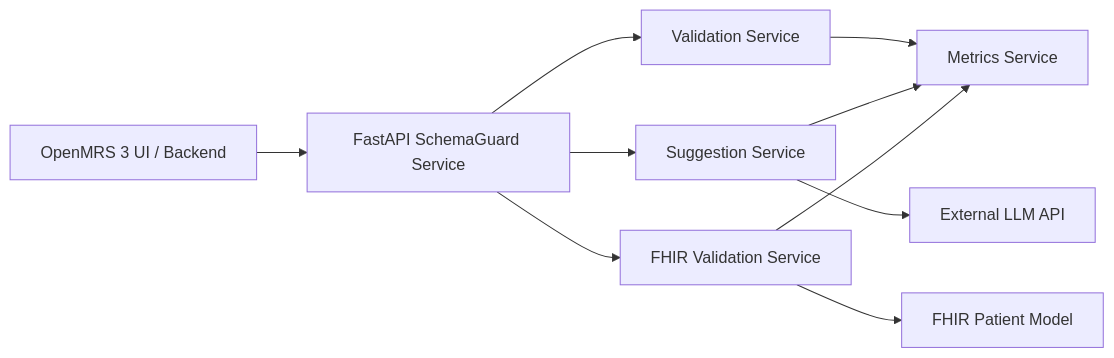
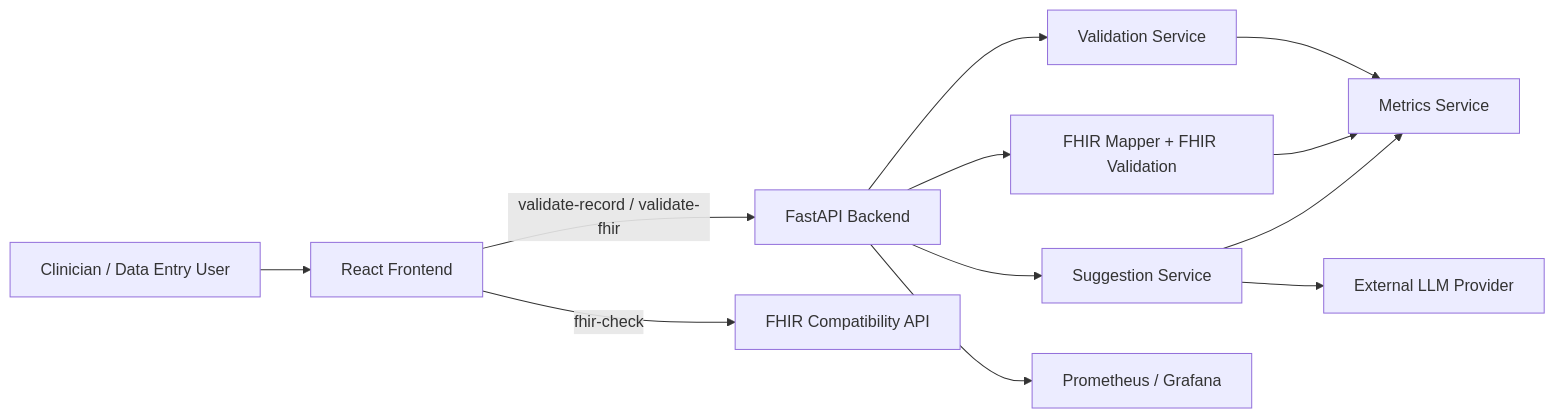
The diagram in README.md (SuryaDeepakBoyina/schemaguard-mvp), drawn with Mermaid before and after one commit. The commit also changed other lines of this file, not shown here.

Commit message:
docs: expand README architecture and AI flow

````diff
--- a/README.md
+++ b/README.md
@@ -16,12 +32,14 @@
 ```mermaid
 flowchart LR
-	O3[OpenMRS 3 UI / Backend] --> API[FastAPI SchemaGuard Service]
-	API --> VAL[Validation Service]
-	API --> SUG[Suggestion Service]
-	API --> FHIR[FHIR Validation Service]
-	SUG --> LLM[External LLM API]
-	FHIR --> FHIRR4[FHIR Patient Model]
-	VAL --> MET[Metrics Service]
-	SUG --> MET
-	FHIR --> MET
+  U[Clinician / Data Entry User] --> FE[React Frontend]
+  FE -->|validate-record / validate-fhir| API[FastAPI Backend]
+  FE -->|fhir-check| FHIRAPI[FHIR Compatibility API]
+  API --> VS[Validation Service]
+  API --> FS[FHIR Mapper + FHIR Validation]
+  API --> SS[Suggestion Service]
+  SS --> LLM[External LLM Provider]
+  VS --> MET[Metrics Service]
+  FS --> MET
+  SS --> MET
+  API --> P[Prometheus / Grafana]
 ```
````
